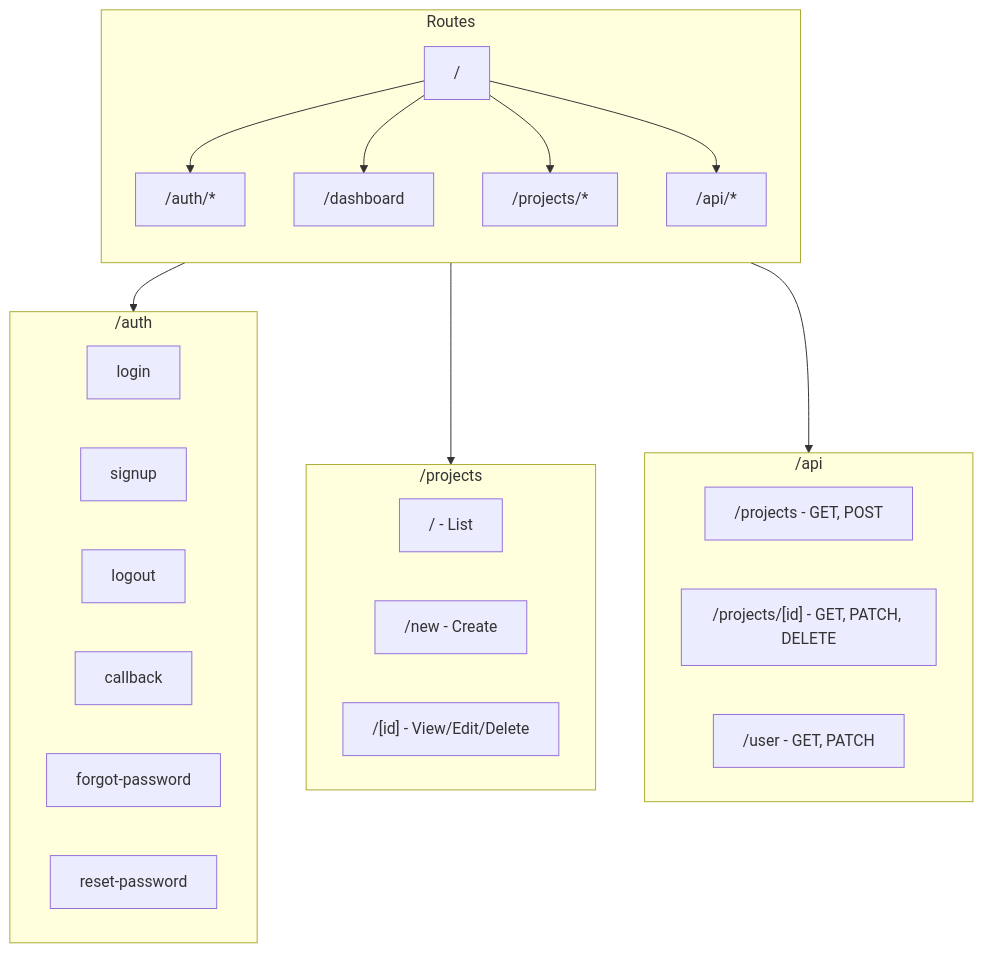
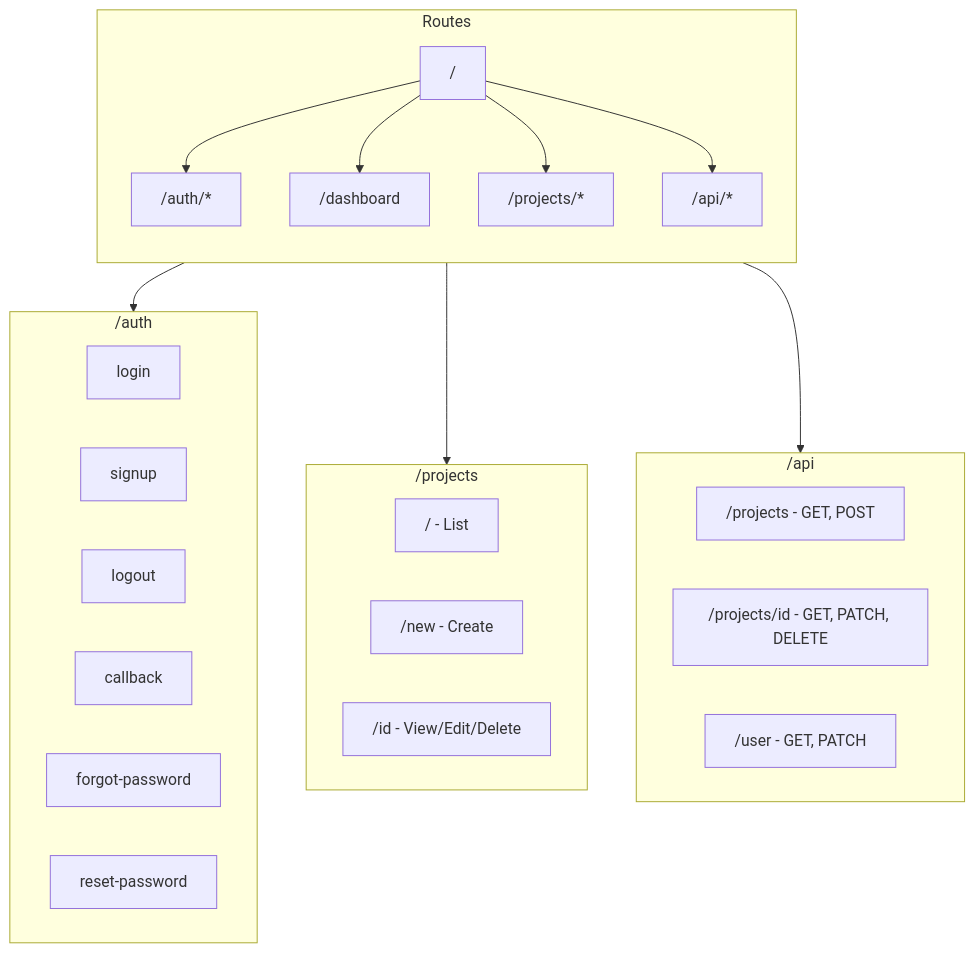
Before and after one commit to zainulhassan815/sveltekit-supabase: the third of 4 diagrams in README.md, drawn with Mermaid. The commit also changed other lines of this file, not shown here.

Commit message:
Fix Mermaid diagrams by quoting strings with special characters

````diff
--- a/README.md
+++ b/README.md
@@ -79,35 +79,35 @@
 ```mermaid
 flowchart TB
     subgraph Routes
         direction TB
         R1["/"] --> R2["/auth/*"]
         R1 --> R3["/dashboard"]
         R1 --> R4["/projects/*"]
         R1 --> R5["/api/*"]
     end
 
     subgraph Auth["/auth"]
-        A1[login]
-        A2[signup]
-        A3[logout]
-        A4[callback]
-        A5[forgot-password]
-        A6[reset-password]
+        A1["login"]
+        A2["signup"]
+        A3["logout"]
+        A4["callback"]
+        A5["forgot-password"]
+        A6["reset-password"]
     end
 
     subgraph Projects["/projects"]
         P1["/ - List"]
         P2["/new - Create"]
-        P3["/[id] - View/Edit/Delete"]
+        P3["/id - View/Edit/Delete"]
     end
 
     subgraph API["/api"]
         API1["/projects - GET, POST"]
-        API2["/projects/[id] - GET, PATCH, DELETE"]
+        API2["/projects/id - GET, PATCH, DELETE"]
         API3["/user - GET, PATCH"]
     end
 
     R2 --> Auth
     R4 --> Projects
     R5 --> API
 ```
````
